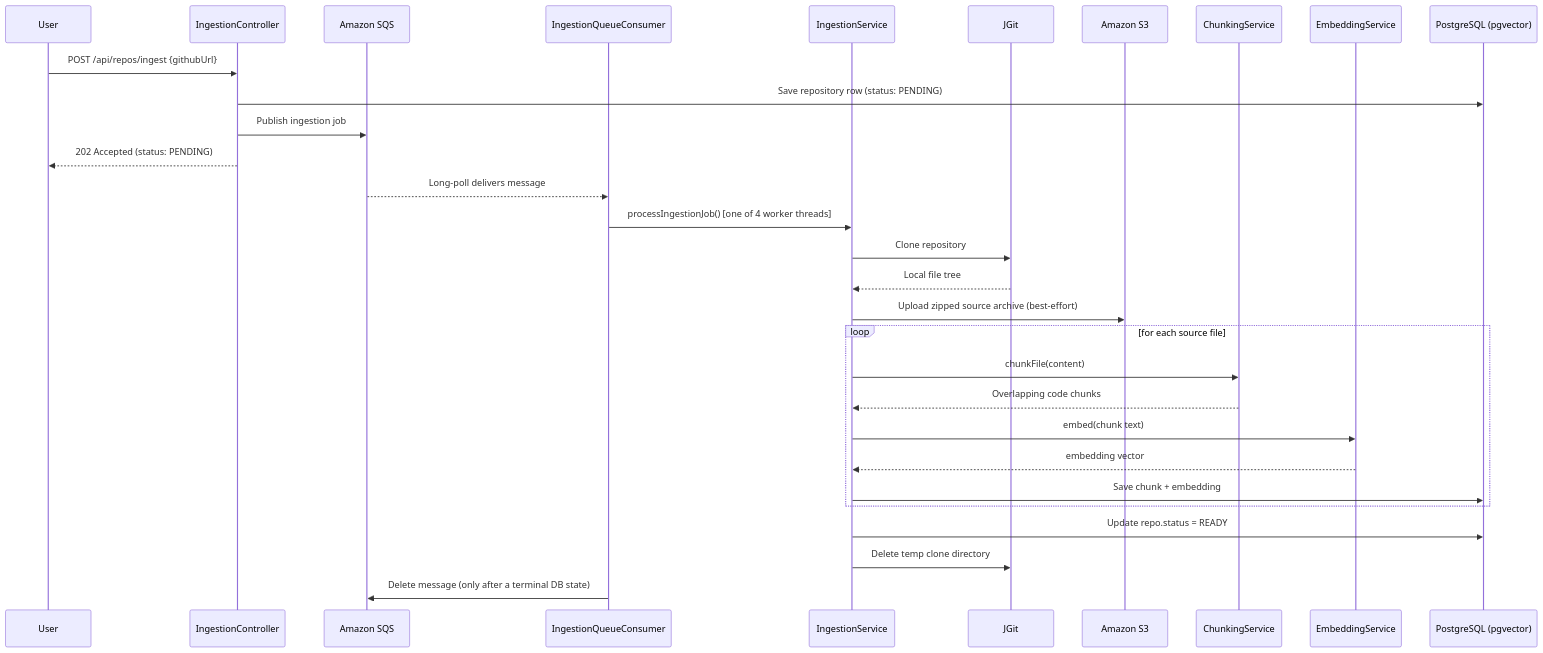
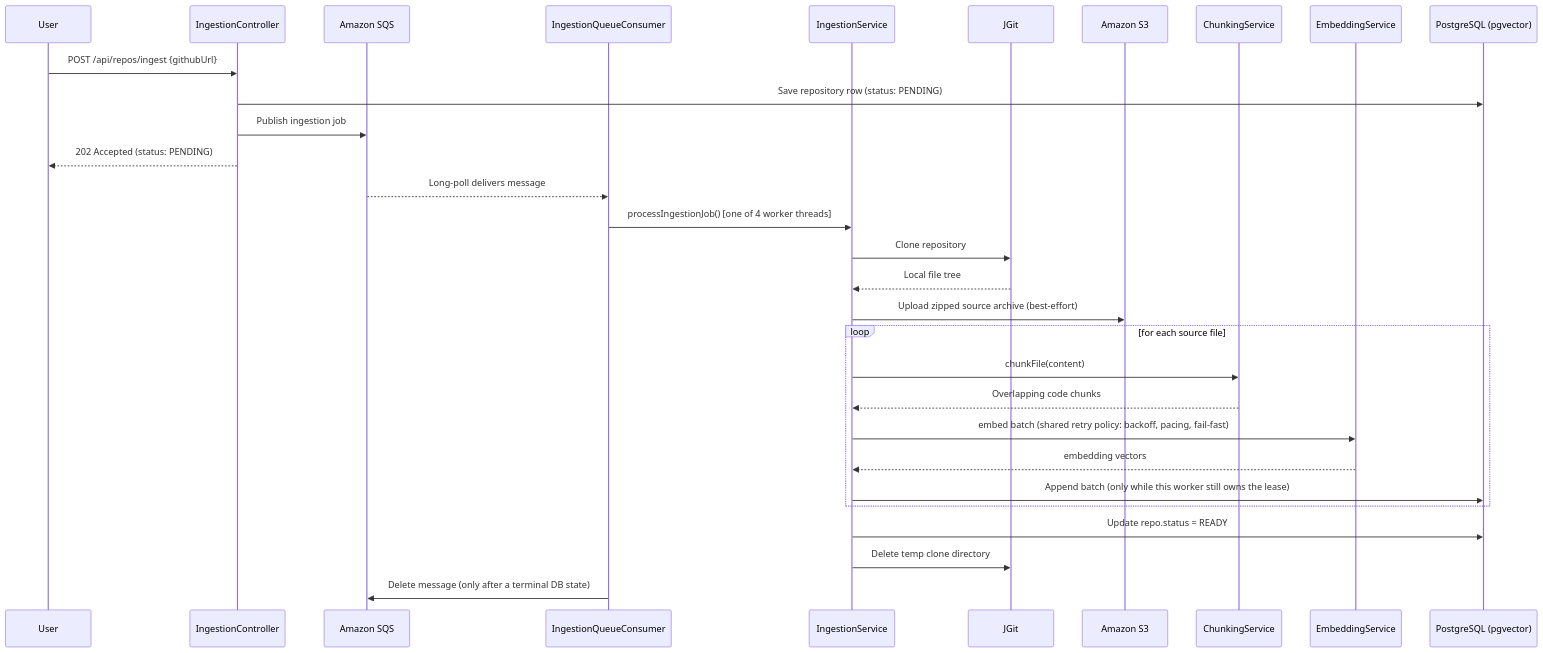
Before and after one commit to 2601Gautam/RepoMind: the second of 3 diagrams in README.md, drawn with Mermaid. The commit also changed other lines of this file and 146 other files, not shown here.

````diff
--- a/README.md
+++ b/README.md
@@ -140,33 +149,33 @@
 ```mermaid
 sequenceDiagram
     participant User
     participant API as IngestionController
     participant SQS as Amazon SQS
     participant Consumer as IngestionQueueConsumer
     participant Svc as IngestionService
     participant Git as JGit
     participant S3 as Amazon S3
     participant Chunker as ChunkingService
     participant Embed as EmbeddingService
     participant DB as PostgreSQL (pgvector)
 
     User->>API: POST /api/repos/ingest {githubUrl}
     API->>DB: Save repository row (status: PENDING)
     API->>SQS: Publish ingestion job
     API-->>User: 202 Accepted (status: PENDING)
     SQS-->>Consumer: Long-poll delivers message
     Consumer->>Svc: processIngestionJob() [one of 4 worker threads]
     Svc->>Git: Clone repository
     Git-->>Svc: Local file tree
     Svc->>S3: Upload zipped source archive (best-effort)
     loop for each source file
         Svc->>Chunker: chunkFile(content)
         Chunker-->>Svc: Overlapping code chunks
-        Svc->>Embed: embed(chunk text)
-        Embed-->>Svc: embedding vector
-        Svc->>DB: Save chunk + embedding
+        Svc->>Embed: embed batch (shared retry policy: backoff, pacing, fail-fast)
+        Embed-->>Svc: embedding vectors
+        Svc->>DB: Append batch (only while this worker still owns the lease)
     end
     Svc->>DB: Update repo.status = READY
     Svc->>Git: Delete temp clone directory
     Consumer->>SQS: Delete message (only after a terminal DB state)
 ```
````
